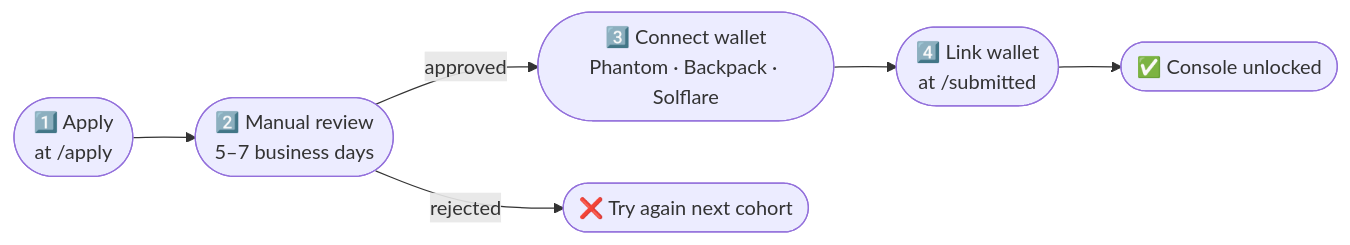
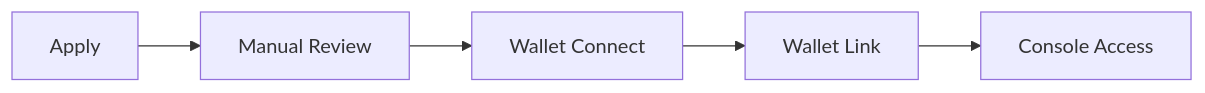
One commit to zkgent/ZKGent changed the third of 3 diagrams in README.md. Above: the diagram before and after it, drawn with Mermaid. The commit also changed other lines of this file, not shown here.

````diff
--- a/README.md
+++ b/README.md
@@ -271,8 +249,7 @@
 ```mermaid
 flowchart LR
-    A([1️⃣ Apply<br/>at /apply]) --> B([2️⃣ Manual review<br/>5–7 business days])
-    B -->|approved| C([3️⃣ Connect wallet<br/>Phantom · Backpack · Solflare])
-    C --> D([4️⃣ Link wallet<br/>at /submitted])
-    D --> E([✅ Console unlocked])
-    B -->|rejected| F([❌ Try again next cohort])
+    A[Apply] --> B[Manual Review]
+    B --> C[Wallet Connect]
+    C --> D[Wallet Link]
+    D --> E[Console Access]
 ```
````
